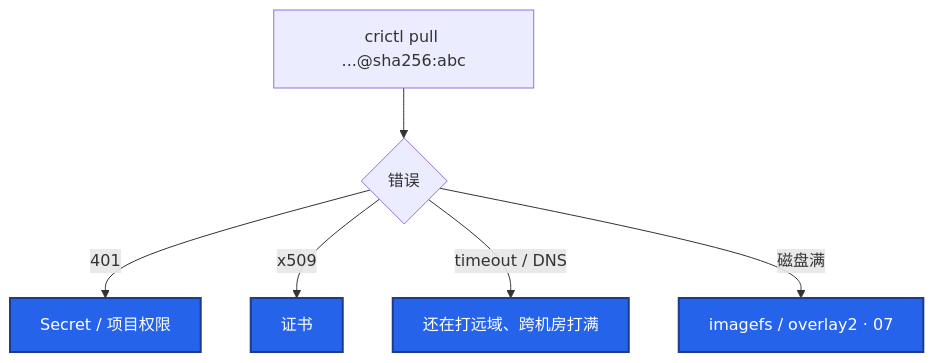
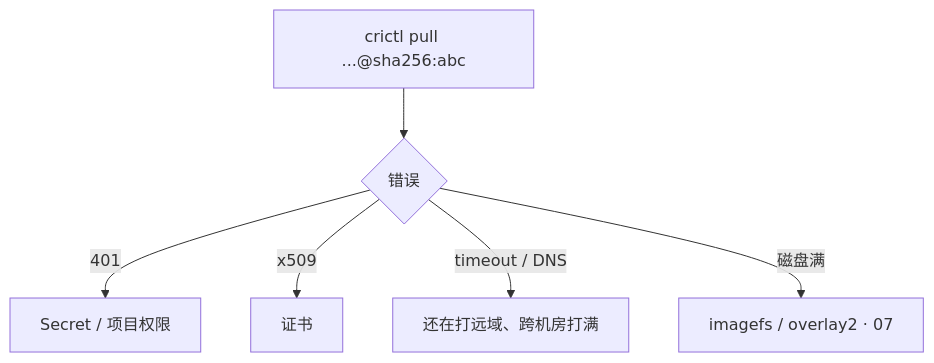
Before and after one commit to ml-cuizijun/LearnToLilith: the fourth of 4 diagrams in 04-工程化与自动化/03-制品与镜像/练习题.md, drawn with Mermaid. The commit also changed other lines of this file and 470 other files, not shown here.

````diff
--- a/04-工程化与自动化/03-制品与镜像/练习题.md
+++ b/04-工程化与自动化/03-制品与镜像/练习题.md
@@ -207,10 +207,9 @@
 ```mermaid
 flowchart TB
     A[crictl pull ...@sha256:abc] --> B{错误}
     B -->|401| C[Secret / 项目权限]
     B -->|x509| D[证书]
     B -->|timeout / DNS| E[还在打远域、跨机房打满]
     B -->|磁盘满| F[imagefs / overlay2 · 07]
-    classDef info fill:#2563EB,stroke:#1E3A8A,stroke-width:2px,color:#fff
     class C,D,E,F info
 ```
````
